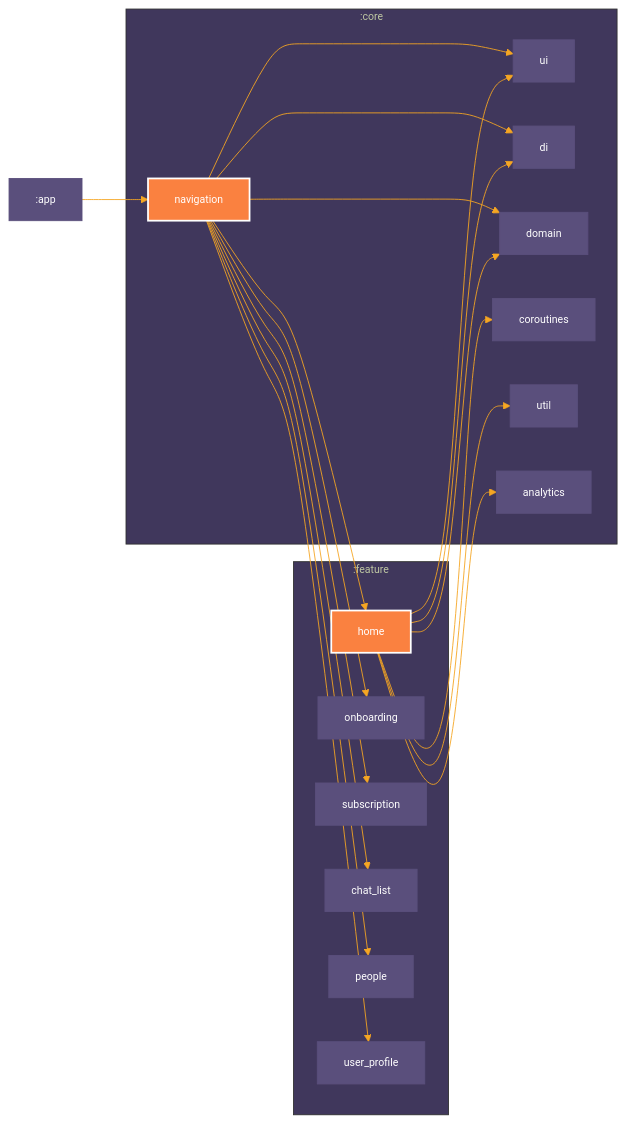
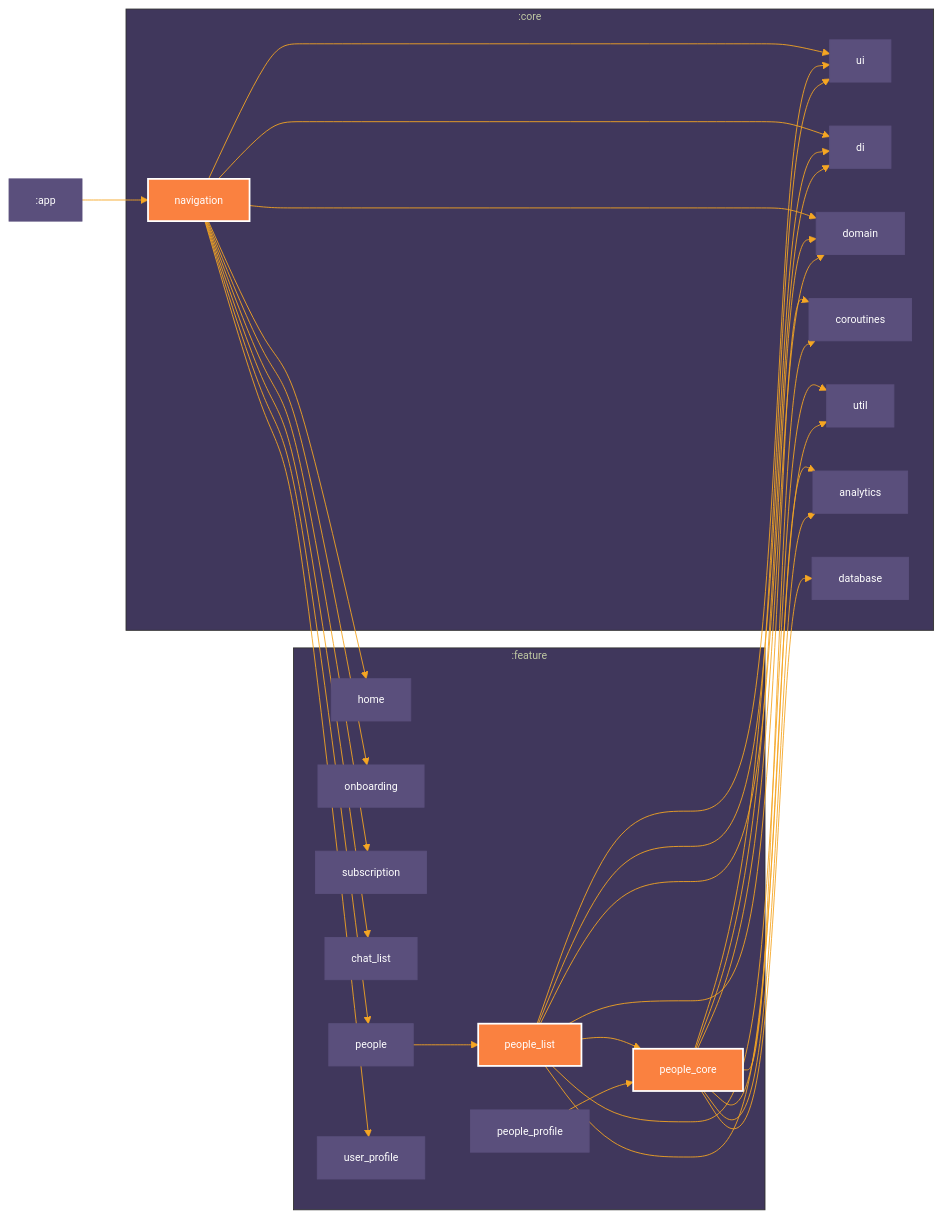
One commit to scto/closetalk.app changed the diagram in README.md. Above: the diagram before and after it, drawn with Mermaid. The commit also changed other lines of this file and 1 other file, not shown here.

First line of the commit message:
Updated a module graph in the Readme (#40)

````diff
--- a/README.md
+++ b/README.md
@@ -99,47 +98,62 @@
 ```mermaid
 %%{
   init: {
     'theme': 'base',
     'themeVariables': {"primaryTextColor":"#fff","primaryColor":"#5a4f7c","primaryBorderColor":"#5a4f7c","lineColor":"#f5a623","tertiaryColor":"#40375c","fontSize":"12px"}
   }
 }%%
 
 graph LR
   subgraph :core
     :core:navigation["navigation"]
     :core:ui["ui"]
     :core:di["di"]
     :core:domain["domain"]
     :core:coroutines["coroutines"]
     :core:util["util"]
     :core:analytics["analytics"]
+    :core:database["database"]
   end
   subgraph :feature
     :feature:home["home"]
     :feature:onboarding["onboarding"]
     :feature:subscription["subscription"]
     :feature:chat_list["chat_list"]
     :feature:people["people"]
     :feature:user_profile["user_profile"]
+    :feature:people_list["people_list"]
+    :feature:people_core["people_core"]
+    :feature:people_profile["people_profile"]
   end
   :core:navigation --> :core:ui
   :core:navigation --> :core:di
   :core:navigation --> :core:domain
   :core:navigation --> :feature:home
   :core:navigation --> :feature:onboarding
   :core:navigation --> :feature:subscription
   :core:navigation --> :feature:chat_list
   :core:navigation --> :feature:people
   :core:navigation --> :feature:user_profile
+  :feature:people_list --> :core:ui
+  :feature:people_list --> :core:di
+  :feature:people_list --> :core:domain
+  :feature:people_list --> :core:coroutines
+  :feature:people_list --> :core:util
+  :feature:people_list --> :core:analytics
+  :feature:people_list --> :feature:people_core
+  :feature:people_core --> :core:database
+  :feature:people_core --> :core:ui
+  :feature:people_core --> :core:di
+  :feature:people_core --> :core:domain
+  :feature:people_core --> :core:coroutines
+  :feature:people_core --> :core:util
+  :feature:people_core --> :core:analytics
   :app --> :core:navigation
-  :feature:home --> :core:ui
-  :feature:home --> :core:di
-  :feature:home --> :core:domain
-  :feature:home --> :core:coroutines
-  :feature:home --> :core:util
-  :feature:home --> :core:analytics
+  :feature:people --> :feature:people_list
+  :feature:people_profile --> :feature:people_core
 
 classDef focus fill:#FA8140,stroke:#fff,stroke-width:2px,color:#fff;
 class :core:navigation focus
-class :feature:home focus
+class :feature:people_list focus
+class :feature:people_core focus
 ```
````
